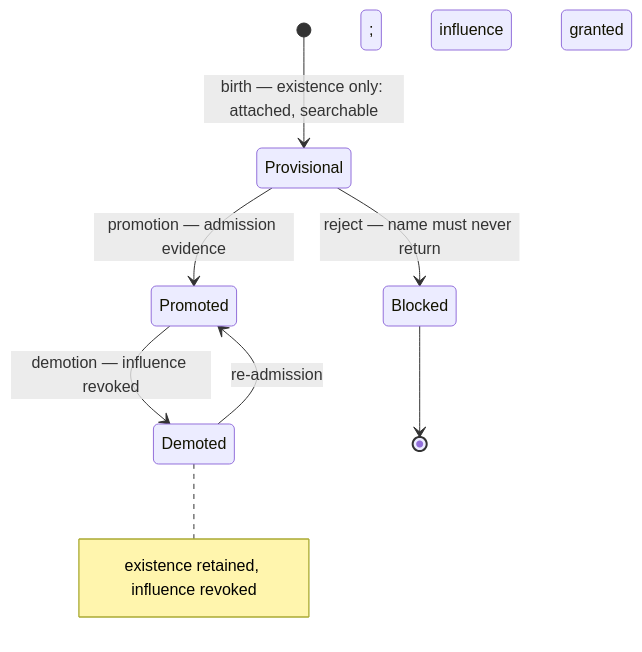
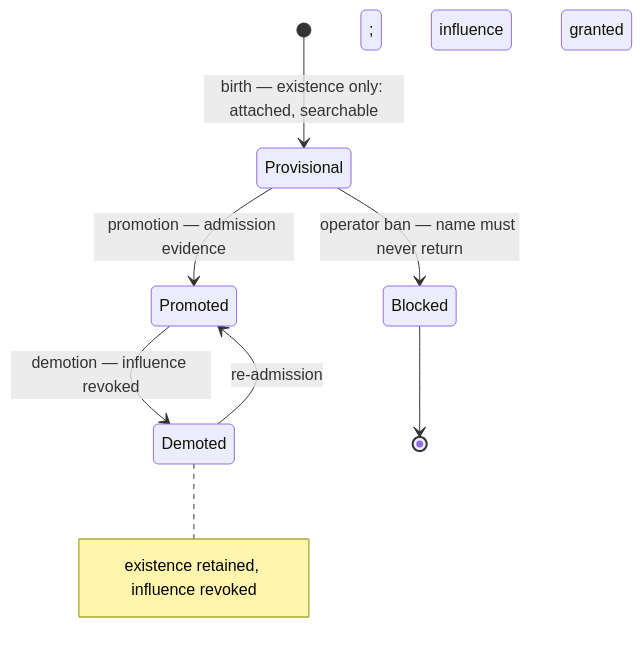
One commit to wgomg/edub-kushim changed the third of 3 diagrams in docs/specs/tags/pipeline.md. Above: the diagram before and after it, drawn with Mermaid. The commit also changed other lines of this file and 26 other files, not shown here.

````diff
--- a/docs/specs/tags/pipeline.md
+++ b/docs/specs/tags/pipeline.md
@@ -211,10 +212,10 @@
 ```mermaid
 stateDiagram-v2
     [*] --> Provisional : birth — existence only: attached, searchable
     Provisional --> Promoted : promotion — admission evidence; influence granted
     Promoted --> Demoted : demotion — influence revoked
     Demoted --> Promoted : re-admission
-    Provisional --> Blocked : reject — name must never return
+    Provisional --> Blocked : operator ban — name must never return
     Blocked --> [*]
     note right of Demoted : existence retained, influence revoked
 ```
````
